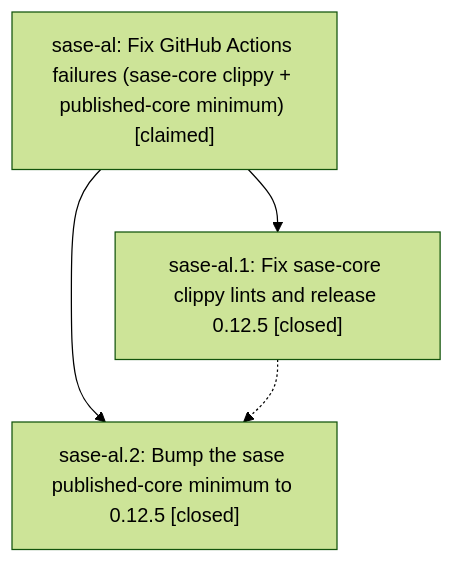
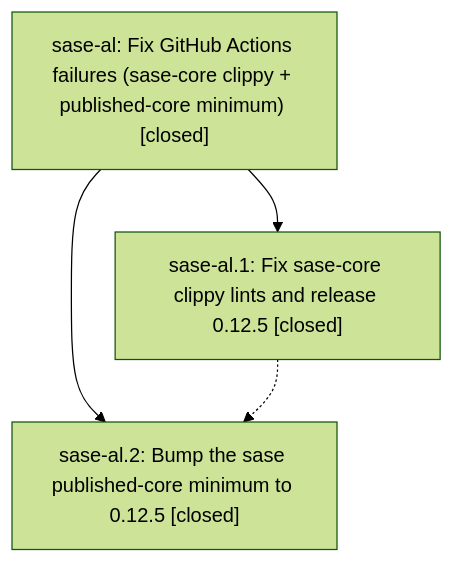
One commit to sase-org/sase--beads changed the diagram in pages/sase-al/README.md. Above: the diagram before and after it, drawn with Mermaid (forest theme). The commit also changed other lines of this file and 490 other files, not shown here.

````diff
--- a/pages/sase-al/README.md
+++ b/pages/sase-al/README.md
@@ -23,9 +27,9 @@
 ```mermaid
 flowchart TD
-    n0["sase-al: Fix GitHub Actions failures (sase-core clippy + published-core minimum) [claimed]"]
+    n0["sase-al: Fix GitHub Actions failures (sase-core clippy + published-core minimum) [closed]"]
     n1["sase-al.1: Fix sase-core clippy lints and release 0.12.5 [closed]"]
     n2["sase-al.2: Bump the sase published-core minimum to 0.12.5 [closed]"]
     n0 --> n1
     n0 --> n2
     n1 -.-> n2
 ```
````
